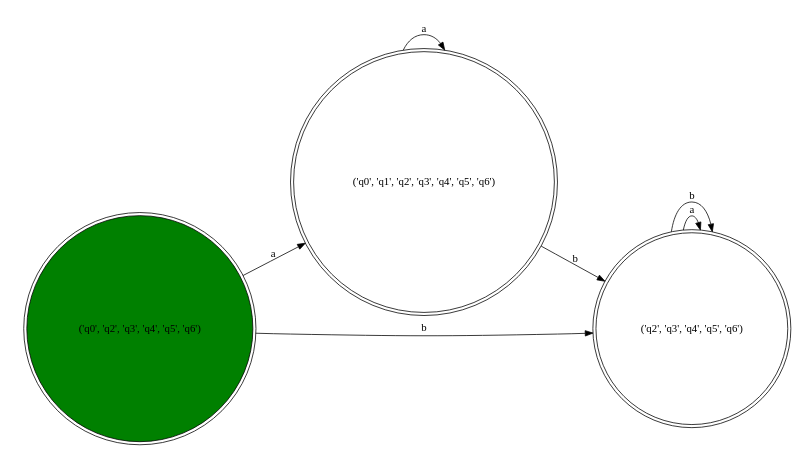
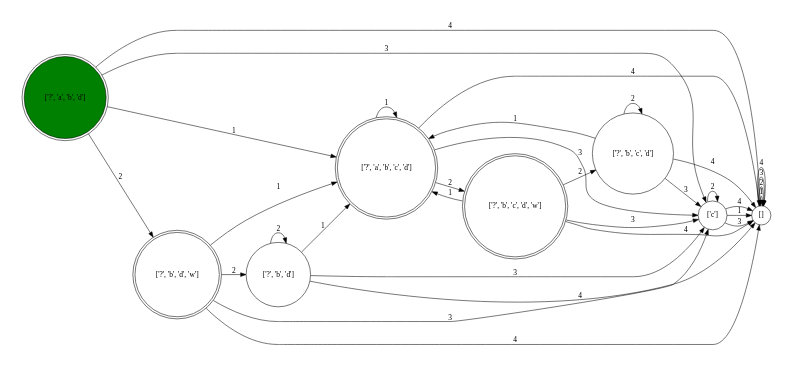
Before and after one commit to hirneagabriel/LFA-Projects: the diagram in lfa2/fsm.gv, drawn with Graphviz. The commit also changed 4 other files, not shown here.

```diff
--- a/lfa2/fsm.gv
+++ b/lfa2/fsm.gv
@@ -1,16 +1,43 @@
 digraph fnd {
 	rankdir=LR size=4
 	node [fillcolor=green shape=doublecircle style=filled]
-	"('q0', 'q2', 'q3', 'q4', 'q5', 'q6')"
+	"['?', 'a', 'b', 'd']"
 	node [fillcolor=white shape=doublecircle style=filled]
-	"('q0', 'q2', 'q3', 'q4', 'q5', 'q6')"
-	"('q0', 'q1', 'q2', 'q3', 'q4', 'q5', 'q6')"
-	"('q2', 'q3', 'q4', 'q5', 'q6')"
+	"['?', 'a', 'b', 'd']"
+	"['?', 'a', 'b', 'c', 'd']"
+	"['?', 'b', 'd', 'w']"
+	"['?', 'b', 'c', 'd', 'w']"
 	node [fillcolor=white shape=circle style=filled]
-	"('q0', 'q2', 'q3', 'q4', 'q5', 'q6')" -> "('q0', 'q1', 'q2', 'q3', 'q4', 'q5', 'q6')" [label=a]
-	"('q0', 'q2', 'q3', 'q4', 'q5', 'q6')" -> "('q2', 'q3', 'q4', 'q5', 'q6')" [label=b]
-	"('q0', 'q1', 'q2', 'q3', 'q4', 'q5', 'q6')" -> "('q0', 'q1', 'q2', 'q3', 'q4', 'q5', 'q6')" [label=a]
-	"('q0', 'q1', 'q2', 'q3', 'q4', 'q5', 'q6')" -> "('q2', 'q3', 'q4', 'q5', 'q6')" [label=b]
-	"('q2', 'q3', 'q4', 'q5', 'q6')" -> "('q2', 'q3', 'q4', 'q5', 'q6')" [label=a]
-	"('q2', 'q3', 'q4', 'q5', 'q6')" -> "('q2', 'q3', 'q4', 'q5', 'q6')" [label=b]
+	"['?', 'a', 'b', 'd']" -> "['?', 'a', 'b', 'c', 'd']" [label=1]
+	"['?', 'a', 'b', 'd']" -> "['?', 'b', 'd', 'w']" [label=2]
+	"['?', 'a', 'b', 'd']" -> "['c']" [label=3]
+	"['?', 'a', 'b', 'd']" -> "[]" [label=4]
+	"['?', 'a', 'b', 'c', 'd']" -> "['?', 'a', 'b', 'c', 'd']" [label=1]
+	"['?', 'a', 'b', 'c', 'd']" -> "['?', 'b', 'c', 'd', 'w']" [label=2]
+	"['?', 'a', 'b', 'c', 'd']" -> "['c']" [label=3]
+	"['?', 'a', 'b', 'c', 'd']" -> "[]" [label=4]
+	"['?', 'b', 'd', 'w']" -> "['?', 'a', 'b', 'c', 'd']" [label=1]
+	"['?', 'b', 'd', 'w']" -> "['?', 'b', 'd']" [label=2]
+	"['?', 'b', 'd', 'w']" -> "['c']" [label=3]
+	"['?', 'b', 'd', 'w']" -> "[]" [label=4]
+	"['c']" -> "[]" [label=1]
+	"['c']" -> "['c']" [label=2]
+	"['c']" -> "[]" [label=3]
+	"['c']" -> "[]" [label=4]
+	"[]" -> "[]" [label=1]
+	"[]" -> "[]" [label=2]
+	"[]" -> "[]" [label=3]
+	"[]" -> "[]" [label=4]
+	"['?', 'b', 'c', 'd', 'w']" -> "['?', 'a', 'b', 'c', 'd']" [label=1]
+	"['?', 'b', 'c', 'd', 'w']" -> "['?', 'b', 'c', 'd']" [label=2]
+	"['?', 'b', 'c', 'd', 'w']" -> "['c']" [label=3]
+	"['?', 'b', 'c', 'd', 'w']" -> "[]" [label=4]
+	"['?', 'b', 'd']" -> "['?', 'a', 'b', 'c', 'd']" [label=1]
+	"['?', 'b', 'd']" -> "['?', 'b', 'd']" [label=2]
+	"['?', 'b', 'd']" -> "['c']" [label=3]
+	"['?', 'b', 'd']" -> "[]" [label=4]
+	"['?', 'b', 'c', 'd']" -> "['?', 'a', 'b', 'c', 'd']" [label=1]
+	"['?', 'b', 'c', 'd']" -> "['?', 'b', 'c', 'd']" [label=2]
+	"['?', 'b', 'c', 'd']" -> "['c']" [label=3]
+	"['?', 'b', 'c', 'd']" -> "[]" [label=4]
 }
```
